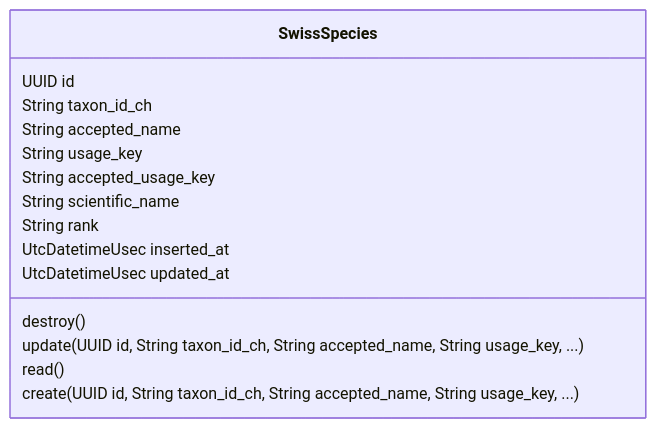
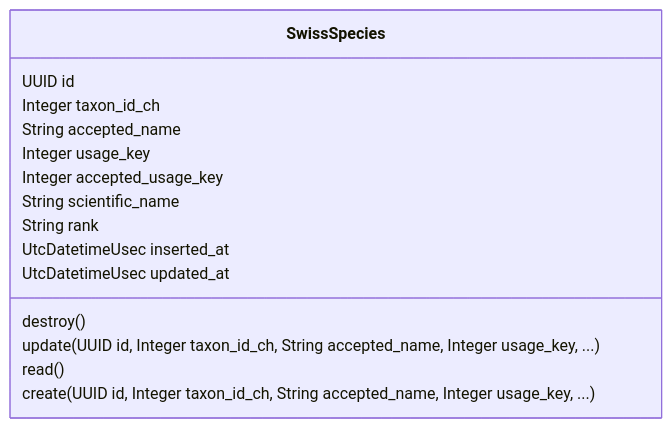
The diagram in lib/data_aggregator/taxonomy/taxonomy-mermaid-class-diagram.md (zebbra/data_aggregator), drawn with Mermaid before and after one commit. The commit also changed 187 other files, not shown here.

````diff
--- a/lib/data_aggregator/taxonomy/taxonomy-mermaid-class-diagram.md
+++ b/lib/data_aggregator/taxonomy/taxonomy-mermaid-class-diagram.md
@@ -1,21 +1,21 @@
 ```mermaid
 classDiagram
     class SwissSpecies {
         UUID id
-        String taxon_id_ch
+        Integer taxon_id_ch
         String accepted_name
-        String usage_key
-        String accepted_usage_key
+        Integer usage_key
+        Integer accepted_usage_key
         String scientific_name
         String rank
         UtcDatetimeUsec inserted_at
         UtcDatetimeUsec updated_at
         destroy()
-        update(UUID id, String taxon_id_ch, String accepted_name, String usage_key, ...)
+        update(UUID id, Integer taxon_id_ch, String accepted_name, Integer usage_key, ...)
         read()
-        create(UUID id, String taxon_id_ch, String accepted_name, String usage_key, ...)
+        create(UUID id, Integer taxon_id_ch, String accepted_name, Integer usage_key, ...)
     }
 
 
 
 ```
````
